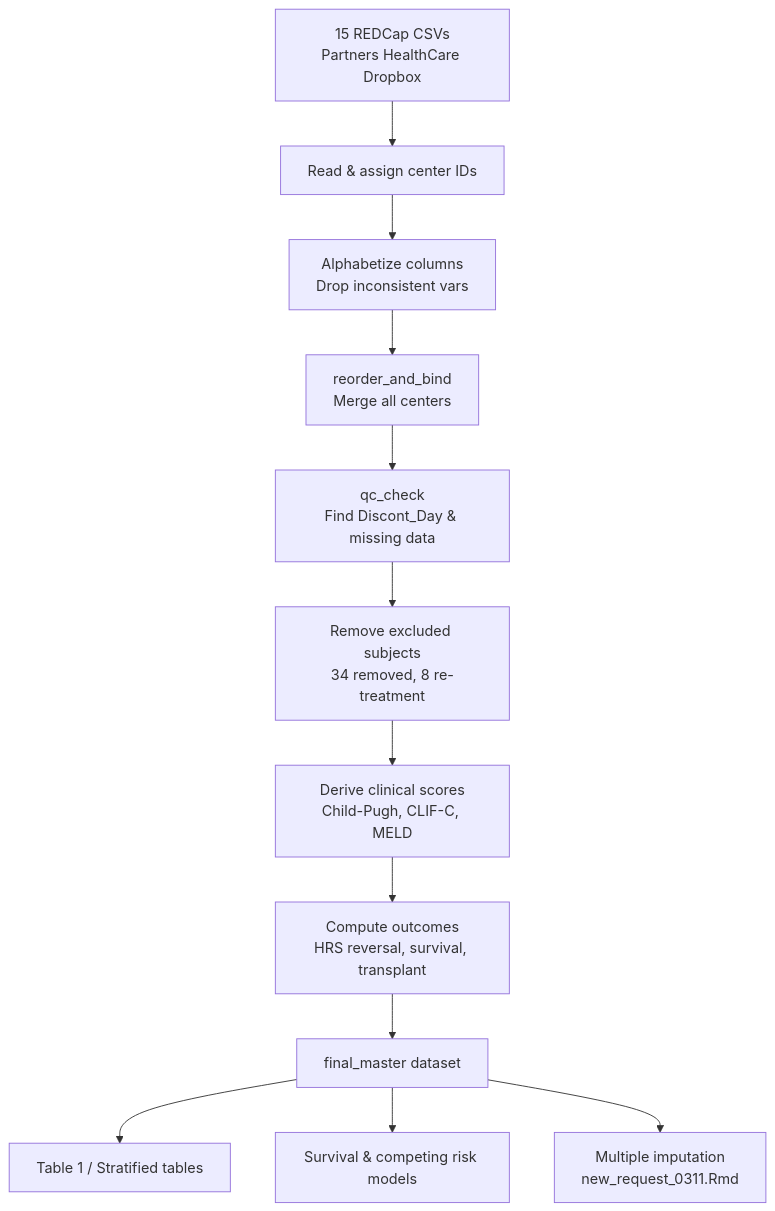
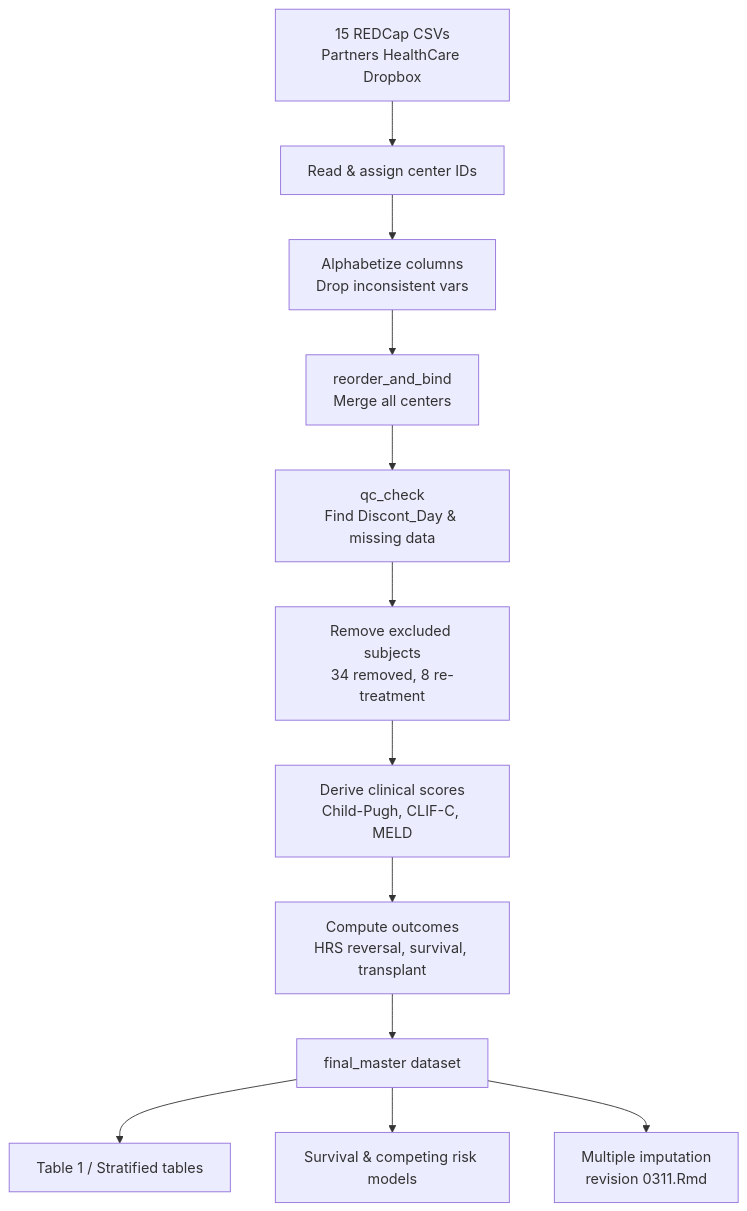
One commit to Tianqi-Ouyang/Terlipressin changed the diagram in docs/index.qmd. Above: the diagram before and after it, drawn with Mermaid. The commit also changed other lines of this file and 9 other files, not shown here.

````diff
--- a/docs/index.qmd
+++ b/docs/index.qmd
@@ -33,14 +33,14 @@
 ```{mermaid}
 flowchart TD
     A[15 REDCap CSVs<br/>Partners HealthCare Dropbox] --> B[Read & assign center IDs]
     B --> C[Alphabetize columns<br/>Drop inconsistent vars]
     C --> D[reorder_and_bind<br/>Merge all centers]
     D --> E[qc_check<br/>Find Discont_Day & missing data]
     E --> F[Remove excluded subjects<br/>34 removed, 8 re-treatment]
     F --> G[Derive clinical scores<br/>Child-Pugh, CLIF-C, MELD]
     G --> H[Compute outcomes<br/>HRS reversal, survival, transplant]
     H --> I[final_master dataset]
     I --> J[Table 1 / Stratified tables]
     I --> K[Survival & competing risk models]
-    I --> L[Multiple imputation<br/>new_request_0311.Rmd]
+    I --> L[Multiple imputation<br/>revision 0311.Rmd]
 ```
````
